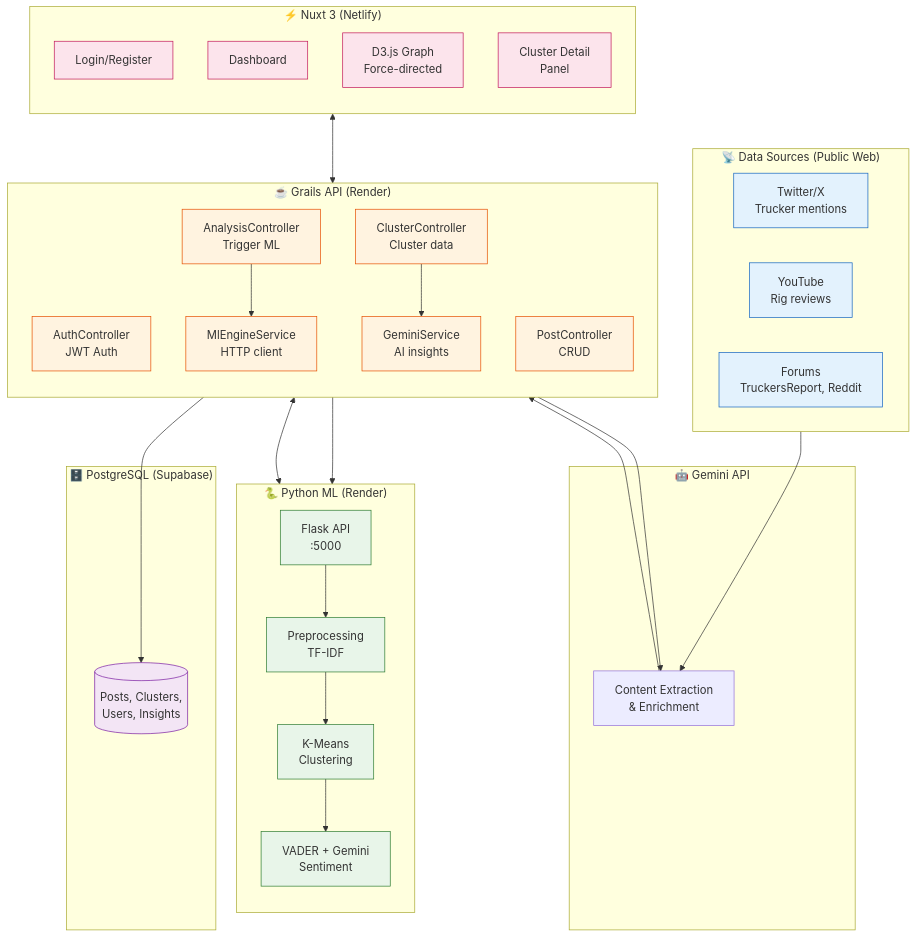
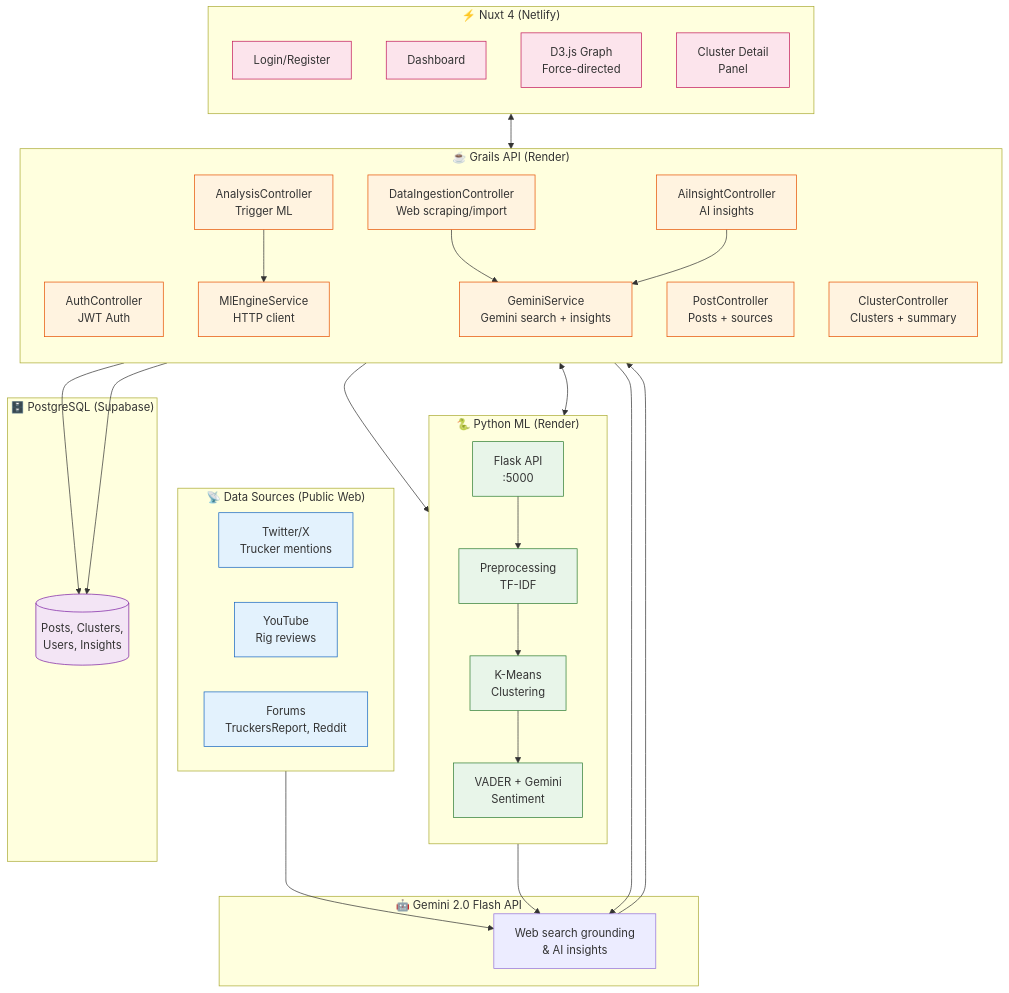
Before and after one commit to Bphissles/brand-sentiment-analysis: the first of 7 diagrams in docs/ARCHITECTURE.md, drawn with Mermaid. The commit also changed other lines of this file and 6 other files, not shown here.

Commit message:
Update documentation to reflect fixture count increase to 90 posts, add LoadingSpinner component, new API endpoints for fixture count and content cleaning, and fix P1 orchestration audit issues in test setup and LoadingSpinner imports

````diff
--- a/docs/ARCHITECTURE.md
+++ b/docs/ARCHITECTURE.md
@@ -5,72 +5,77 @@
 ```mermaid
 flowchart TB
     subgraph Sources["📡 Data Sources (Public Web)"]
         S1[Twitter/X<br/>Trucker mentions]
         S2[YouTube<br/>Rig reviews]
         S3[Forums<br/>TruckersReport, Reddit]
     end
 
-    subgraph Gemini["🤖 Gemini API"]
-        GEM[Content Extraction<br/>& Enrichment]
+    subgraph Gemini["🤖 Gemini 2.0 Flash API"]
+        GEM[Web search grounding<br/>& AI insights]
     end
 
     subgraph Backend["☕ Grails API (Render)"]
         direction TB
         AUTH[AuthController<br/>JWT Auth]
-        POST[PostController<br/>CRUD]
-        CLUSTER[ClusterController<br/>Cluster data]
+        POST[PostController<br/>Posts + sources]
+        CLUSTER[ClusterController<br/>Clusters + summary]
         ANALYSIS[AnalysisController<br/>Trigger ML]
-        GEMINI_SVC[GeminiService<br/>AI insights]
+        INGEST[DataIngestionController<br/>Web scraping/import]
+        INSIGHTS[AiInsightController<br/>AI insights]
+        GEMINI_SVC[GeminiService<br/>Gemini search + insights]
         ML_SVC[MlEngineService<br/>HTTP client]
     end
 
     subgraph MLEngine["🐍 Python ML (Render)"]
         direction TB
         FLASK[Flask API<br/>:5000]
         PREPROCESS[Preprocessing<br/>TF-IDF]
         KMEANS[K-Means<br/>Clustering]
         SENTIMENT[VADER + Gemini<br/>Sentiment]
     end
 
     subgraph Database["🗄️ PostgreSQL (Supabase)"]
         DB[(Posts, Clusters,<br/>Users, Insights)]
     end
 
-    subgraph Frontend["⚡ Nuxt 3 (Netlify)"]
+    subgraph Frontend["⚡ Nuxt 4 (Netlify)"]
         direction TB
         LOGIN[Login/Register]
         DASHBOARD[Dashboard]
         D3[D3.js Graph<br/>Force-directed]
         DETAIL[Cluster Detail<br/>Panel]
     end
 
     %% Data flow
     Sources --> GEM
-    GEM --> Backend
+    GEM --> GEMINI_SVC
+    Backend --> DB
     Backend --> DB
     Backend <--> MLEngine
     Frontend <--> Backend
 
     %% Internal flows
     ANALYSIS --> ML_SVC
     ML_SVC --> FLASK
     FLASK --> PREPROCESS
     PREPROCESS --> KMEANS
     KMEANS --> SENTIMENT
 
-    CLUSTER --> GEMINI_SVC
+    INGEST --> GEMINI_SVC
+    INSIGHTS --> GEMINI_SVC
     GEMINI_SVC --> GEM
+    SENTIMENT --> GEM
 
     %% Styling
     classDef source fill:#e3f2fd,stroke:#1565c0
     classDef backend fill:#fff3e0,stroke:#e65100
     classDef ml fill:#e8f5e9,stroke:#2e7d32
     classDef frontend fill:#fce4ec,stroke:#c2185b
     classDef db fill:#f3e5f5,stroke:#7b1fa2
 
-    class S1,S2,S3,S4 source
-    class AUTH,POST,CLUSTER,ANALYSIS,GEMINI_SVC,ML_SVC backend
+    class S1,S2,S3 source
+    class AUTH,POST,CLUSTER,ANALYSIS,INGEST,INSIGHTS,GEMINI_SVC,ML_SVC backend
     class FLASK,PREPROCESS,KMEANS,SENTIMENT ml
     class LOGIN,DASHBOARD,D3,DETAIL frontend
     class DB db
 ```
````
